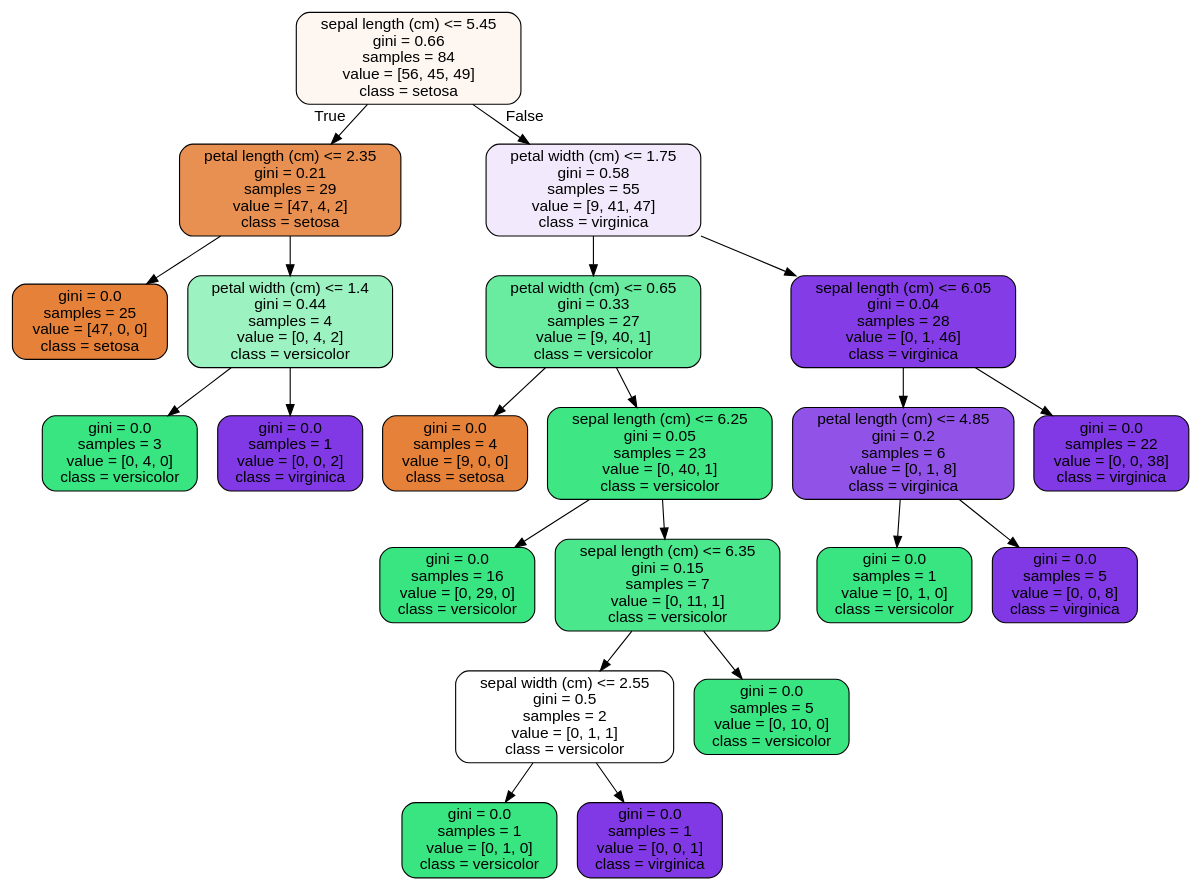
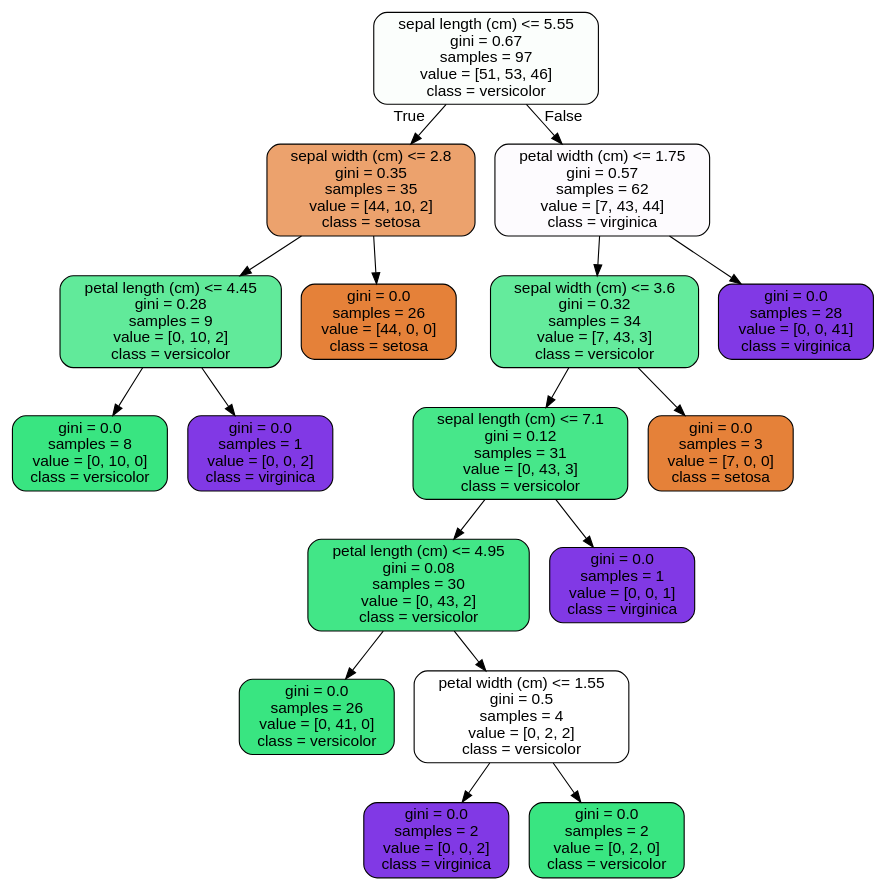
Before and after one commit to AutomationKay/Data-Science-: the diagram in RandomForest Covid Case Study_06302020/tree.dot, drawn with Graphviz. The commit also changed 2 other files, not shown here.

```diff
--- a/RandomForest Covid Case Study_06302020/tree.dot
+++ b/RandomForest Covid Case Study_06302020/tree.dot
@@ -1,45 +1,37 @@
 digraph Tree {
 node [shape=box, style="filled, rounded", color="black", fontname="helvetica"] ;
 edge [fontname="helvetica"] ;
-0 [label="sepal length (cm) <= 5.45\ngini = 0.66\nsamples = 84\nvalue = [56, 45, 49]\nclass = setosa", fillcolor="#fdf6f1"] ;
-1 [label="petal length (cm) <= 2.35\ngini = 0.21\nsamples = 29\nvalue = [47, 4, 2]\nclass = setosa", fillcolor="#e89051"] ;
+0 [label="sepal length (cm) <= 5.55\ngini = 0.67\nsamples = 97\nvalue = [51, 53, 46]\nclass = versicolor", fillcolor="#fbfefc"] ;
+1 [label="sepal width (cm) <= 2.8\ngini = 0.35\nsamples = 35\nvalue = [44, 10, 2]\nclass = setosa", fillcolor="#eca26d"] ;
 0 -> 1 [labeldistance=2.5, labelangle=45, headlabel="True"] ;
-2 [label="gini = 0.0\nsamples = 25\nvalue = [47, 0, 0]\nclass = setosa", fillcolor="#e58139"] ;
+2 [label="petal length (cm) <= 4.45\ngini = 0.28\nsamples = 9\nvalue = [0, 10, 2]\nclass = versicolor", fillcolor="#61ea9a"] ;
 1 -> 2 ;
-3 [label="petal width (cm) <= 1.4\ngini = 0.44\nsamples = 4\nvalue = [0, 4, 2]\nclass = versicolor", fillcolor="#9cf2c0"] ;
-1 -> 3 ;
-4 [label="gini = 0.0\nsamples = 3\nvalue = [0, 4, 0]\nclass = versicolor", fillcolor="#39e581"] ;
-3 -> 4 ;
-5 [label="gini = 0.0\nsamples = 1\nvalue = [0, 0, 2]\nclass = virginica", fillcolor="#8139e5"] ;
-3 -> 5 ;
-6 [label="petal width (cm) <= 1.75\ngini = 0.58\nsamples = 55\nvalue = [9, 41, 47]\nclass = virginica", fillcolor="#f2eafc"] ;
+3 [label="gini = 0.0\nsamples = 8\nvalue = [0, 10, 0]\nclass = versicolor", fillcolor="#39e581"] ;
+2 -> 3 ;
+4 [label="gini = 0.0\nsamples = 1\nvalue = [0, 0, 2]\nclass = virginica", fillcolor="#8139e5"] ;
+2 -> 4 ;
+5 [label="gini = 0.0\nsamples = 26\nvalue = [44, 0, 0]\nclass = setosa", fillcolor="#e58139"] ;
+1 -> 5 ;
+6 [label="petal width (cm) <= 1.75\ngini = 0.57\nsamples = 62\nvalue = [7, 43, 44]\nclass = virginica", fillcolor="#fdfbfe"] ;
 0 -> 6 [labeldistance=2.5, labelangle=-45, headlabel="False"] ;
-7 [label="petal width (cm) <= 0.65\ngini = 0.33\nsamples = 27\nvalue = [9, 40, 1]\nclass = versicolor", fillcolor="#69eba0"] ;
+7 [label="sepal width (cm) <= 3.6\ngini = 0.32\nsamples = 34\nvalue = [7, 43, 3]\nclass = versicolor", fillcolor="#64eb9c"] ;
 6 -> 7 ;
-8 [label="gini = 0.0\nsamples = 4\nvalue = [9, 0, 0]\nclass = setosa", fillcolor="#e58139"] ;
+8 [label="sepal length (cm) <= 7.1\ngini = 0.12\nsamples = 31\nvalue = [0, 43, 3]\nclass = versicolor", fillcolor="#47e78a"] ;
 7 -> 8 ;
-9 [label="sepal length (cm) <= 6.25\ngini = 0.05\nsamples = 23\nvalue = [0, 40, 1]\nclass = versicolor", fillcolor="#3ee684"] ;
-7 -> 9 ;
-10 [label="gini = 0.0\nsamples = 16\nvalue = [0, 29, 0]\nclass = versicolor", fillcolor="#39e581"] ;
+9 [label="petal length (cm) <= 4.95\ngini = 0.08\nsamples = 30\nvalue = [0, 43, 2]\nclass = versicolor", fillcolor="#42e687"] ;
+8 -> 9 ;
+10 [label="gini = 0.0\nsamples = 26\nvalue = [0, 41, 0]\nclass = versicolor", fillcolor="#39e581"] ;
 9 -> 10 ;
-11 [label="sepal length (cm) <= 6.35\ngini = 0.15\nsamples = 7\nvalue = [0, 11, 1]\nclass = versicolor", fillcolor="#4be78c"] ;
+11 [label="petal width (cm) <= 1.55\ngini = 0.5\nsamples = 4\nvalue = [0, 2, 2]\nclass = versicolor", fillcolor="#ffffff"] ;
 9 -> 11 ;
-12 [label="sepal width (cm) <= 2.55\ngini = 0.5\nsamples = 2\nvalue = [0, 1, 1]\nclass = versicolor", fillcolor="#ffffff"] ;
+12 [label="gini = 0.0\nsamples = 2\nvalue = [0, 0, 2]\nclass = virginica", fillcolor="#8139e5"] ;
 11 -> 12 ;
-13 [label="gini = 0.0\nsamples = 1\nvalue = [0, 1, 0]\nclass = versicolor", fillcolor="#39e581"] ;
-12 -> 13 ;
+13 [label="gini = 0.0\nsamples = 2\nvalue = [0, 2, 0]\nclass = versicolor", fillcolor="#39e581"] ;
+11 -> 13 ;
 14 [label="gini = 0.0\nsamples = 1\nvalue = [0, 0, 1]\nclass = virginica", fillcolor="#8139e5"] ;
-12 -> 14 ;
-15 [label="gini = 0.0\nsamples = 5\nvalue = [0, 10, 0]\nclass = versicolor", fillcolor="#39e581"] ;
-11 -> 15 ;
-16 [label="sepal length (cm) <= 6.05\ngini = 0.04\nsamples = 28\nvalue = [0, 1, 46]\nclass = virginica", fillcolor="#843de6"] ;
+8 -> 14 ;
+15 [label="gini = 0.0\nsamples = 3\nvalue = [7, 0, 0]\nclass = setosa", fillcolor="#e58139"] ;
+7 -> 15 ;
+16 [label="gini = 0.0\nsamples = 28\nvalue = [0, 0, 41]\nclass = virginica", fillcolor="#8139e5"] ;
 6 -> 16 ;
-17 [label="petal length (cm) <= 4.85\ngini = 0.2\nsamples = 6\nvalue = [0, 1, 8]\nclass = virginica", fillcolor="#9152e8"] ;
-16 -> 17 ;
-18 [label="gini = 0.0\nsamples = 1\nvalue = [0, 1, 0]\nclass = versicolor", fillcolor="#39e581"] ;
-17 -> 18 ;
-19 [label="gini = 0.0\nsamples = 5\nvalue = [0, 0, 8]\nclass = virginica", fillcolor="#8139e5"] ;
-17 -> 19 ;
-20 [label="gini = 0.0\nsamples = 22\nvalue = [0, 0, 38]\nclass = virginica", fillcolor="#8139e5"] ;
-16 -> 20 ;
 }
```
